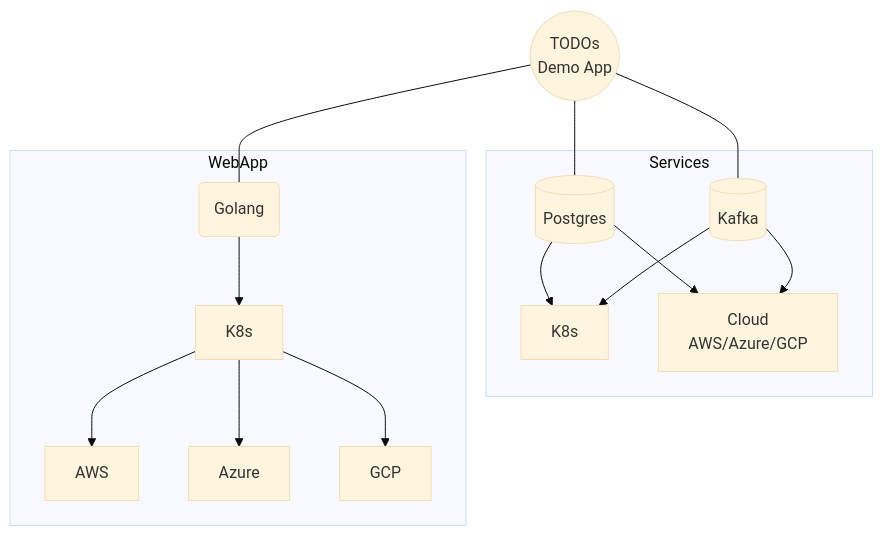
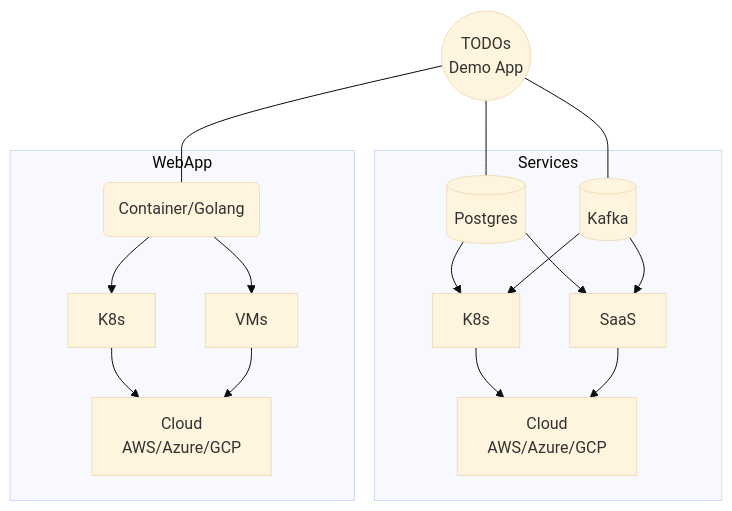
Before and after one commit to luebken/todos: the diagram in readme.md, drawn with Mermaid (base theme). The commit also changed other lines of this file, not shown here.

Commit message:
update graphic

````diff
--- a/readme.md
+++ b/readme.md
@@ -8,18 +6,20 @@
 ```mermaid
 flowchart TD
     TODOs((TODOs<br>Demo App)) --- Golang(Golang)
     TODOs --- Postgres[(Postgres)]
     TODOs --- Kafka[(Kafka)]
     subgraph Services
         Postgres --> K8s2[K8s]
-        Postgres --> Cloud[Cloud<br>AWS/Azure/GCP]
+        Postgres --> SaaS
         Kafka --> K8s2[K8s]
-        Kafka --> Cloud[Cloud<br>AWS/Azure/GCP]
+        Kafka --> SaaS 
+        K8s2 --> Cloud[Cloud<br>AWS/Azure/GCP]
+        SaaS --> Cloud[Cloud<br>AWS/Azure/GCP]
     end
     subgraph WebApp
-        Golang --> K8s
-        K8s --> AWS 
-        K8s --> Azure 
-        K8s --> GCP    
+        Golang(Container/Golang) --> K8s
+        Golang(Container/Golang) --> VMs
+        K8s --> Cloud2[Cloud<br>AWS/Azure/GCP]
+        VMs --> Cloud2[Cloud<br>AWS/Azure/GCP]
     end
 ```
````
